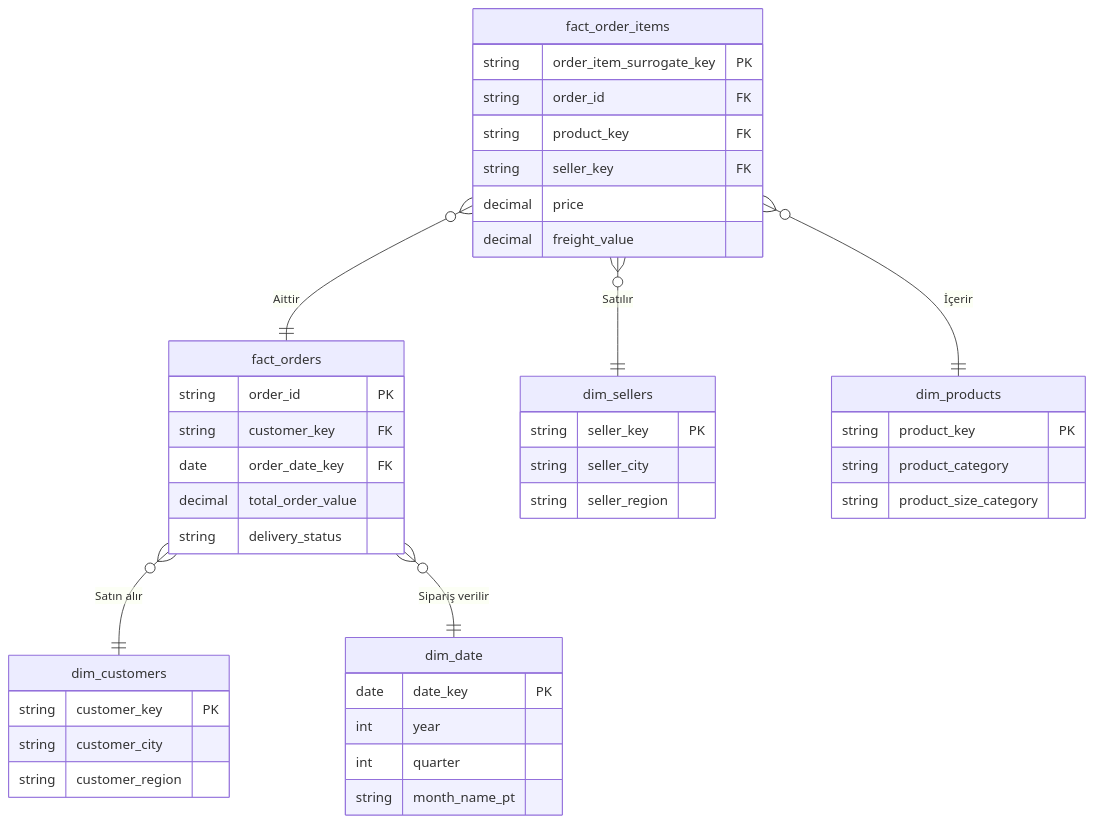
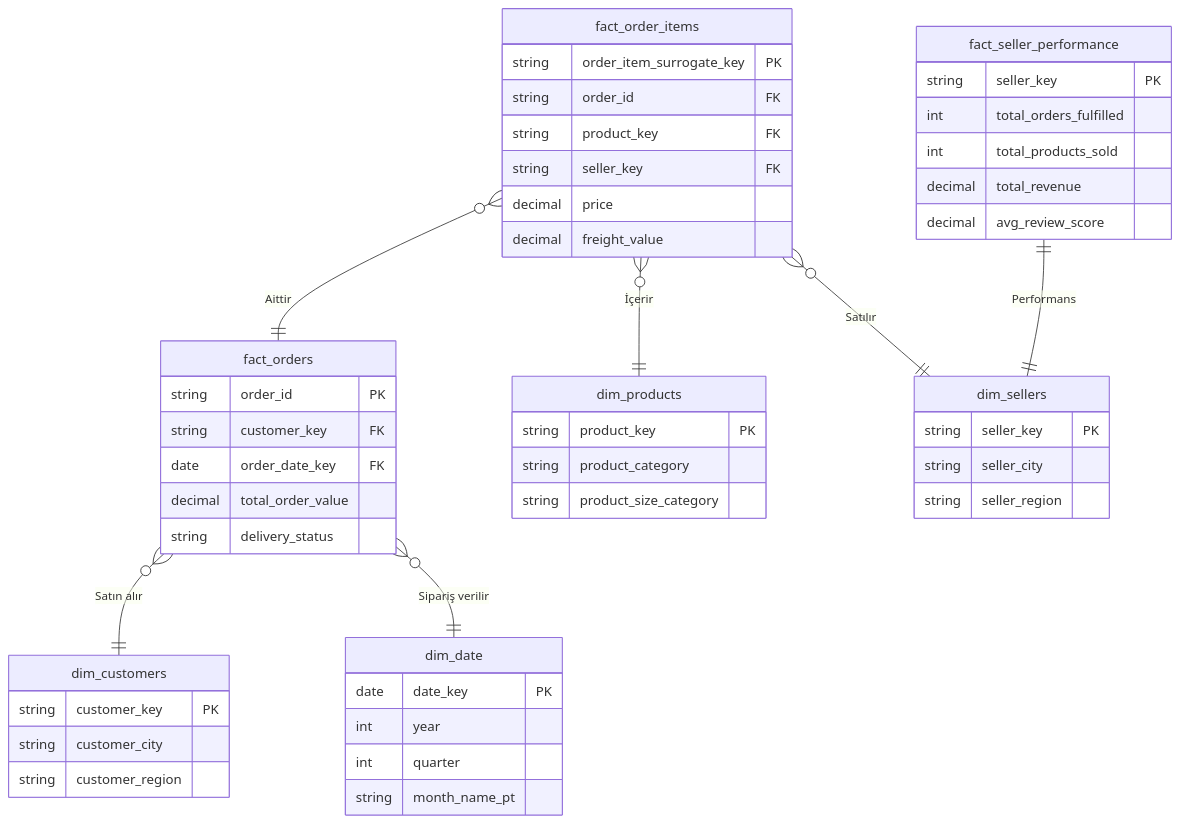
One commit to diyarandak/AdvancedBigDataPipeline changed the second of 2 diagrams in README.md. Above: the diagram before and after it, drawn with Mermaid. The commit also changed other lines of this file, not shown here.

Commit message:
fix: resolve mermaid syntax error and add fact_seller_performance to diagram

````diff
--- a/README.md
+++ b/README.md
@@ -56,52 +56,62 @@
 ```mermaid
 erDiagram
     fact_orders {
         string order_id PK
         string customer_key FK
         date order_date_key FK
         decimal total_order_value
         string delivery_status
     }
     
     fact_order_items {
         string order_item_surrogate_key PK
         string order_id FK
         string product_key FK
         string seller_key FK
         decimal price
         decimal freight_value
+    }
+    
+    fact_seller_performance {
+        string seller_key PK
+        int total_orders_fulfilled
+        int total_products_sold
+        decimal total_revenue
+        decimal avg_review_score
     }
 
     dim_customers {
         string customer_key PK
         string customer_city
         string customer_region
     }
     
     dim_sellers {
         string seller_key PK
         string seller_city
         string seller_region
     }
 
     dim_products {
         string product_key PK
         string product_category
         string product_size_category
     }
 
     dim_date {
         date date_key PK
         int year
         int quarter
         string month_name_pt
     }
 
     %% Relationships
     fact_orders }o--|| dim_customers : "Satın alır"
     fact_orders }o--|| dim_date : "Sipariş verilir"
     
     fact_order_items }o--|| fact_orders : "Aittir"
     fact_order_items }o--|| dim_products : "İçerir"
     fact_order_items }o--|| dim_sellers : "Satılır"
+    
+    fact_seller_performance ||--|| dim_sellers : "Performans"
 ```
````
